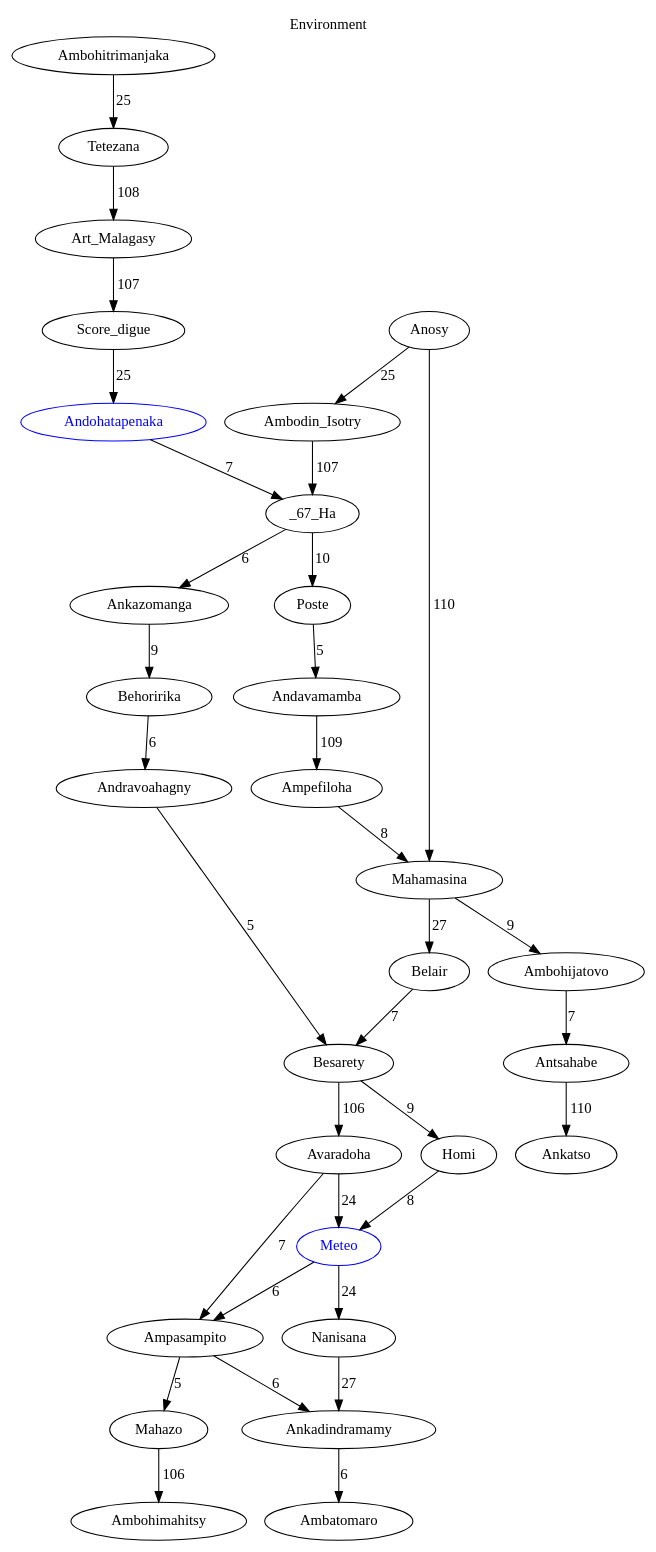
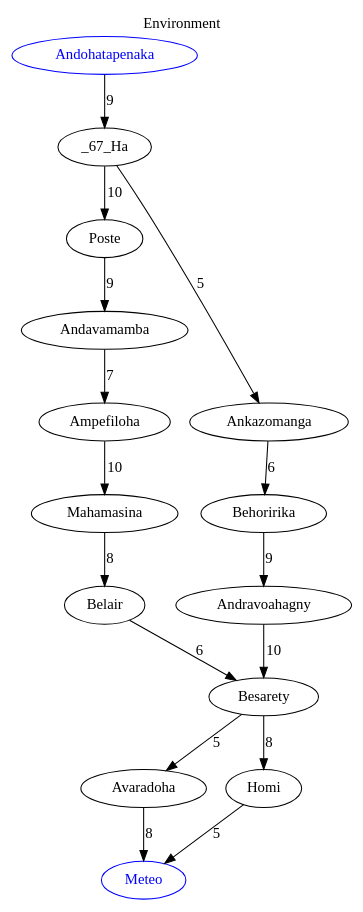
Before and after one commit to Online13/bus-path-finding: the diagram in out/intro.gv, drawn with Graphviz. The commit also changed 10 other files, not shown here.

```diff
--- a/out/intro.gv
+++ b/out/intro.gv
@@ -1,37 +1,19 @@
 digraph G {
 	labelloc="t"	label="Environment"	 Andohatapenaka [color="blue", fontcolor="blue"];
 	 Meteo [color="blue", fontcolor="blue"];
-	Ambodin_Isotry -> _67_Ha [weight=107, label="107"];
-	Art_Malagasy -> Score_digue [weight=107, label="107"];
-	Antsahabe -> Ankatso [weight=110, label="110"];
-	Andavamamba -> Ampefiloha [weight=109, label="109"];
-	Ampefiloha -> Mahamasina [weight=8, label="8"];
+	Andavamamba -> Ampefiloha [weight=7, label="7"];
+	Ampefiloha -> Mahamasina [weight=10, label="10"];
 	_67_Ha -> Poste [weight=10, label="10"];
-	Meteo -> Ampasampito [weight=6, label="6"];
-	Andohatapenaka -> _67_Ha [weight=7, label="7"];
-	Meteo -> Nanisana [weight=24, label="24"];
-	Mahamasina -> Belair [weight=27, label="27"];
-	Ankazomanga -> Behoririka [weight=9, label="9"];
-	Andravoahagny -> Besarety [weight=5, label="5"];
-	Besarety -> Avaradoha [weight=106, label="106"];
-	Ambohitrimanjaka -> Tetezana [weight=25, label="25"];
-	Homi -> Meteo [weight=8, label="8"];
-	Ampasampito -> Mahazo [weight=5, label="5"];
-	Besarety -> Homi [weight=9, label="9"];
-	Tetezana -> Art_Malagasy [weight=108, label="108"];
-	Ampasampito -> Ankadindramamy [weight=6, label="6"];
-	Poste -> Andavamamba [weight=5, label="5"];
-	_67_Ha -> Ankazomanga [weight=6, label="6"];
-	Behoririka -> Andravoahagny [weight=6, label="6"];
-	Score_digue -> Andohatapenaka [weight=25, label="25"];
-	Mahamasina -> Ambohijatovo [weight=9, label="9"];
-	Anosy -> Mahamasina [weight=110, label="110"];
-	Ankadindramamy -> Ambatomaro [weight=6, label="6"];
-	Mahazo -> Ambohimahitsy [weight=106, label="106"];
-	Anosy -> Ambodin_Isotry [weight=25, label="25"];
-	Belair -> Besarety [weight=7, label="7"];
-	Avaradoha -> Meteo [weight=24, label="24"];
-	Ambohijatovo -> Antsahabe [weight=7, label="7"];
-	Avaradoha -> Ampasampito [weight=7, label="7"];
-	Nanisana -> Ankadindramamy [weight=27, label="27"];
+	Andohatapenaka -> _67_Ha [weight=9, label="9"];
+	Mahamasina -> Belair [weight=8, label="8"];
+	Ankazomanga -> Behoririka [weight=6, label="6"];
+	Andravoahagny -> Besarety [weight=10, label="10"];
+	Besarety -> Avaradoha [weight=5, label="5"];
+	Homi -> Meteo [weight=5, label="5"];
+	Besarety -> Homi [weight=8, label="8"];
+	Poste -> Andavamamba [weight=9, label="9"];
+	_67_Ha -> Ankazomanga [weight=5, label="5"];
+	Behoririka -> Andravoahagny [weight=9, label="9"];
+	Belair -> Besarety [weight=6, label="6"];
+	Avaradoha -> Meteo [weight=8, label="8"];
 }
```
